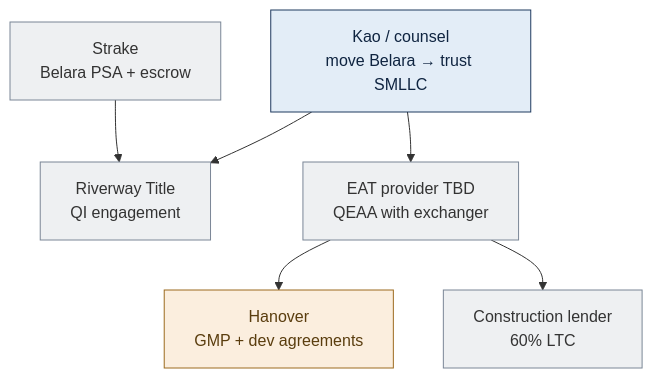
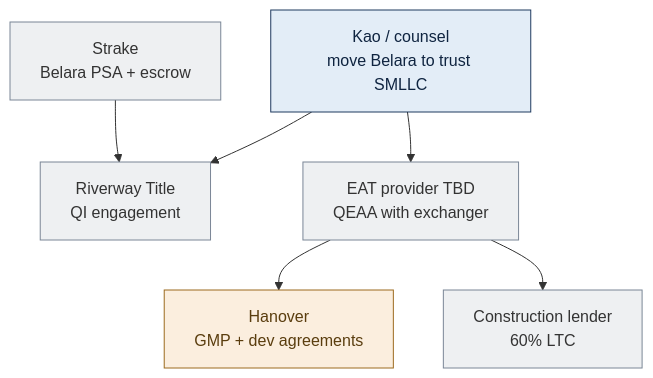
The fourth of 10 diagrams in North_Forsyth_1031_Diagrams.md (EthanCow/North-Forsyth-1031-Diagrams), drawn with Mermaid before and after one commit. The commit also changed other lines of this file and 1 other file, not shown here.

````diff
--- a/North_Forsyth_1031_Diagrams.md
+++ b/North_Forsyth_1031_Diagrams.md
@@ -370,17 +369,17 @@
 ```mermaid
 flowchart TB
-  K["Kao / counsel\nmove Belara → trust SMLLC"]:::kao
+  K["Kao / counsel\nmove Belara to trust SMLLC"]:::kao
   QI["Riverway Title\nQI engagement"]:::neutral
   EAT["EAT provider TBD\nQEAA with exchanger"]:::neutral
   H["Hanover\nGMP + dev agreements"]:::han
   LN["Construction lender\n60% LTC"]:::neutral
   ST["Strake\nBelara PSA + escrow"]:::neutral
   K --> QI
   K --> EAT
   EAT --> H
   EAT --> LN
   ST --> QI
   classDef kao fill:#e3edf7,stroke:#1f3a5f,color:#0f2440;
   classDef han fill:#fbeede,stroke:#9c6b1e,color:#5a3d0e;
   classDef neutral fill:#eef0f2,stroke:#7a8696,color:#333;
 ```
````
